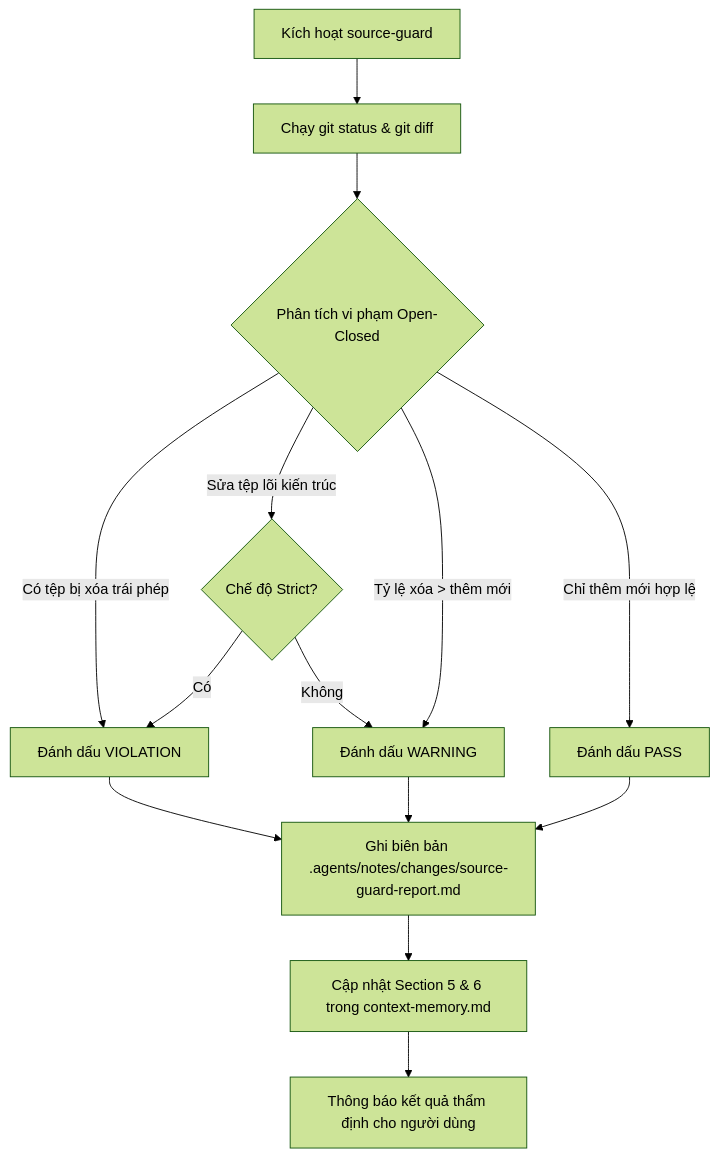
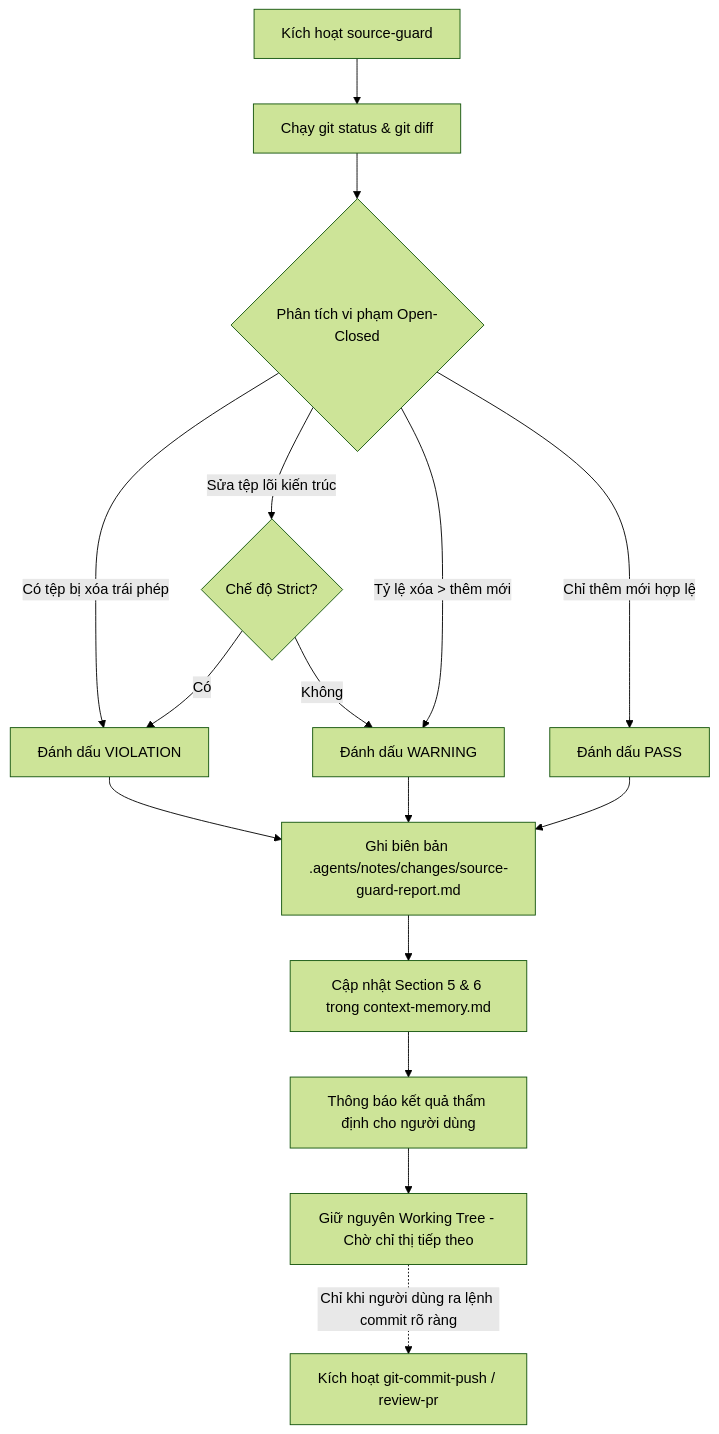
Before and after one commit to ThienleDuc/GDMAS: the diagram in .agents/skills/source-guard/SKILL.md, drawn with Mermaid (forest theme). The commit also changed other lines of this file and 16 other files, not shown here.

````diff
--- a/.agents/skills/source-guard/SKILL.md
+++ b/.agents/skills/source-guard/SKILL.md
@@ -25,15 +29,17 @@
 ```mermaid
 flowchart TD
     A[Kích hoạt source-guard] --> B[Chạy git status & git diff]
     B --> C{Phân tích vi phạm Open-Closed}
     C -- Có tệp bị xóa trái phép --> D[Đánh dấu VIOLATION]
     C -- Sửa tệp lõi kiến trúc --> E{Chế độ Strict?}
     E -- Có --> D
     E -- Không --> F[Đánh dấu WARNING]
     C -- Tỷ lệ xóa > thêm mới --> F
     C -- Chỉ thêm mới hợp lệ --> G[Đánh dấu PASS]
     
     D & F & G --> H[Ghi biên bản .agents/notes/changes/source-guard-report.md]
     H --> I[Cập nhật Section 5 & 6 trong context-memory.md]
     I --> J[Thông báo kết quả thẩm định cho người dùng]
+    J --> K[Giữ nguyên Working Tree - Chờ chỉ thị tiếp theo]
+    K -. Chỉ khi người dùng ra lệnh commit rõ ràng .-> L[Kích hoạt git-commit-push / review-pr]
 ```
````
